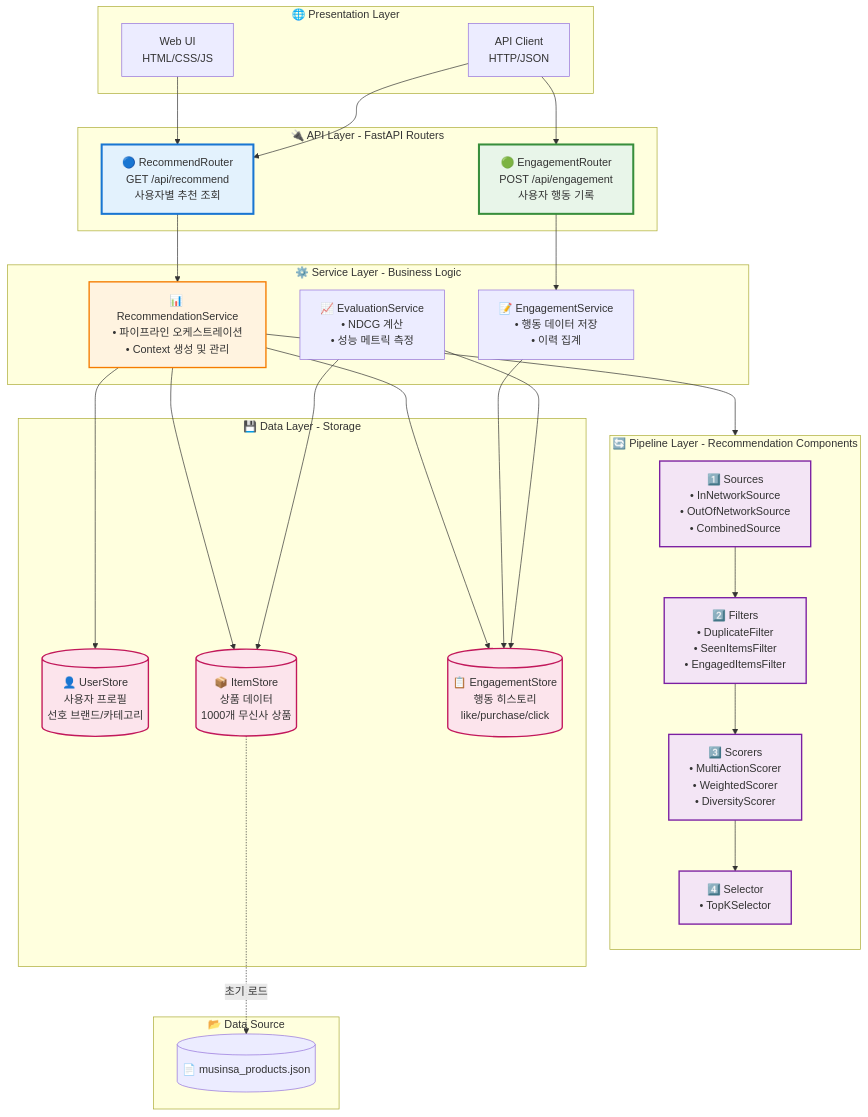
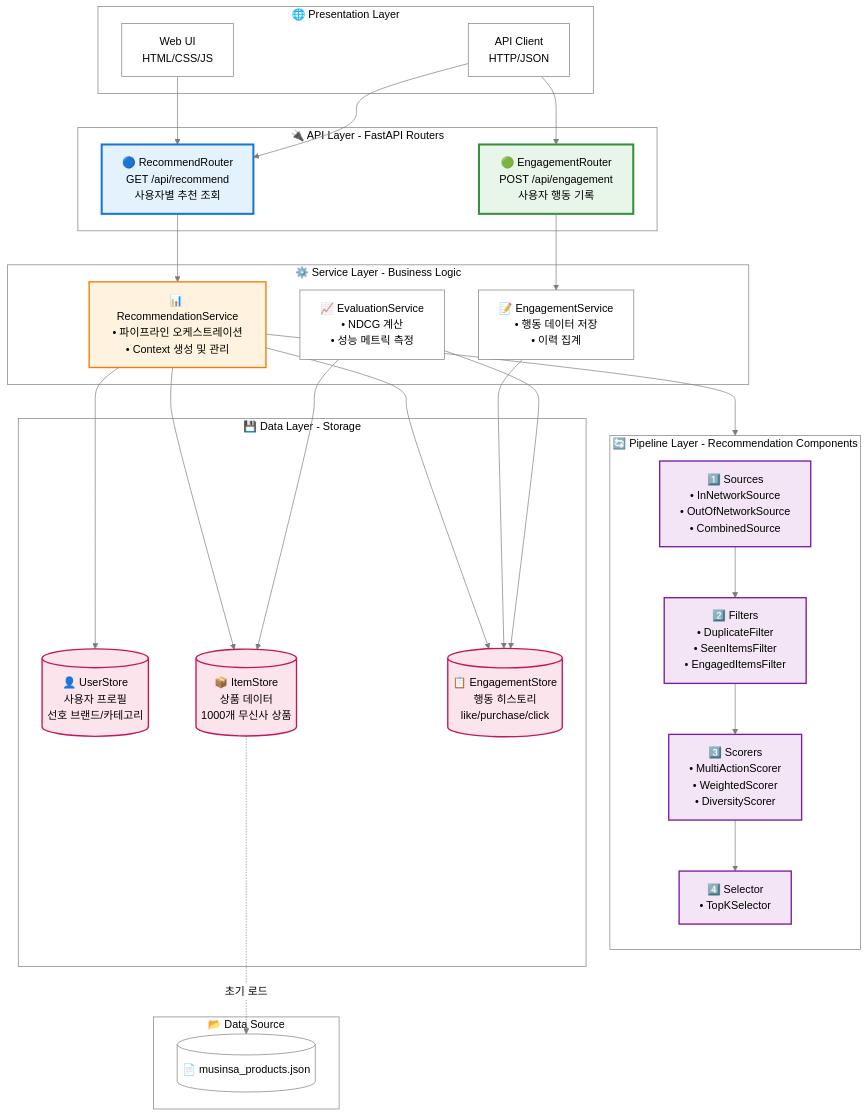
Before and after one commit to 01seok/mini-project-recommend: the third of 4 diagrams in README.md, drawn with Mermaid. The commit also changed other lines of this file and 6 other files, not shown here.

First line of the commit message:
[DOCS] docs: Mermaid 다크모드 대응 및 시퀀스 간략화

````diff
--- a/README.md
+++ b/README.md
@@ -270,69 +272,70 @@
 ```mermaid
+%%{init: {'theme':'base', 'themeVariables': {'primaryColor':'#ffffff', 'primaryTextColor':'#000000', 'primaryBorderColor':'#7C7C7C', 'lineColor':'#7C7C7C', 'secondaryColor':'#f0f0f0', 'tertiaryColor':'#ffffff', 'background':'#ffffff', 'mainBkg':'#ffffff', 'secondBkg':'#f0f0f0', 'edgeLabelBackground':'#ffffff', 'clusterBkg':'#ffffff', 'clusterBorder':'#7C7C7C'}}}%%
 graph TB
     subgraph "🌐 Presentation Layer"
         A1[Web UI<br/>HTML/CSS/JS]
         A2[API Client<br/>HTTP/JSON]
     end
 
     subgraph "🔌 API Layer - FastAPI Routers"
         B1["🔵 RecommendRouter<br/>GET /api/recommend<br/>사용자별 추천 조회"]
         B2["🟢 EngagementRouter<br/>POST /api/engagement<br/>사용자 행동 기록"]
     end
 
     subgraph "⚙️ Service Layer - Business Logic"
         C1["📊 RecommendationService<br/>• 파이프라인 오케스트레이션<br/>• Context 생성 및 관리"]
         C2["📝 EngagementService<br/>• 행동 데이터 저장<br/>• 이력 집계"]
         C3["📈 EvaluationService<br/>• NDCG 계산<br/>• 성능 메트릭 측정"]
     end
 
     subgraph "🔄 Pipeline Layer - Recommendation Components"
         direction TB
         D1["1️⃣ Sources<br/>• InNetworkSource<br/>• OutOfNetworkSource<br/>• CombinedSource"]
         D2["2️⃣ Filters<br/>• DuplicateFilter<br/>• SeenItemsFilter<br/>• EngagedItemsFilter"]
         D3["3️⃣ Scorers<br/>• MultiActionScorer<br/>• WeightedScorer<br/>• DiversityScorer"]
         D4["4️⃣ Selector<br/>• TopKSelector"]
 
         D1 --> D2
         D2 --> D3
         D3 --> D4
     end
 
     subgraph "💾 Data Layer - Storage"
         E1[("👤 UserStore<br/>사용자 프로필<br/>선호 브랜드/카테고리")]
         E2[("📦 ItemStore<br/>상품 데이터<br/>1000개 무신사 상품")]
         E3[("📋 EngagementStore<br/>행동 히스토리<br/>like/purchase/click")]
     end
 
     subgraph "📂 Data Source"
         F1[("📄 musinsa_products.json")]
     end
 
     A1 --> B1
     A2 --> B1
     A2 --> B2
 
     B1 --> C1
     B2 --> C2
 
     C1 --> D1
     C1 --> E1
     C1 --> E2
     C1 --> E3
 
     C2 --> E3
     C3 --> E2
     C3 --> E3
 
     E2 -.->|초기 로드| F1
 
     style B1 fill:#e3f2fd,stroke:#1976d2,stroke-width:3px
     style B2 fill:#e8f5e9,stroke:#388e3c,stroke-width:3px
     style C1 fill:#fff3e0,stroke:#f57c00,stroke-width:2px
     style D1 fill:#f3e5f5,stroke:#7b1fa2,stroke-width:2px
     style D2 fill:#f3e5f5,stroke:#7b1fa2,stroke-width:2px
     style D3 fill:#f3e5f5,stroke:#7b1fa2,stroke-width:2px
     style D4 fill:#f3e5f5,stroke:#7b1fa2,stroke-width:2px
     style E1 fill:#fce4ec,stroke:#c2185b,stroke-width:2px
     style E2 fill:#fce4ec,stroke:#c2185b,stroke-width:2px
     style E3 fill:#fce4ec,stroke:#c2185b,stroke-width:2px
 ```
````
